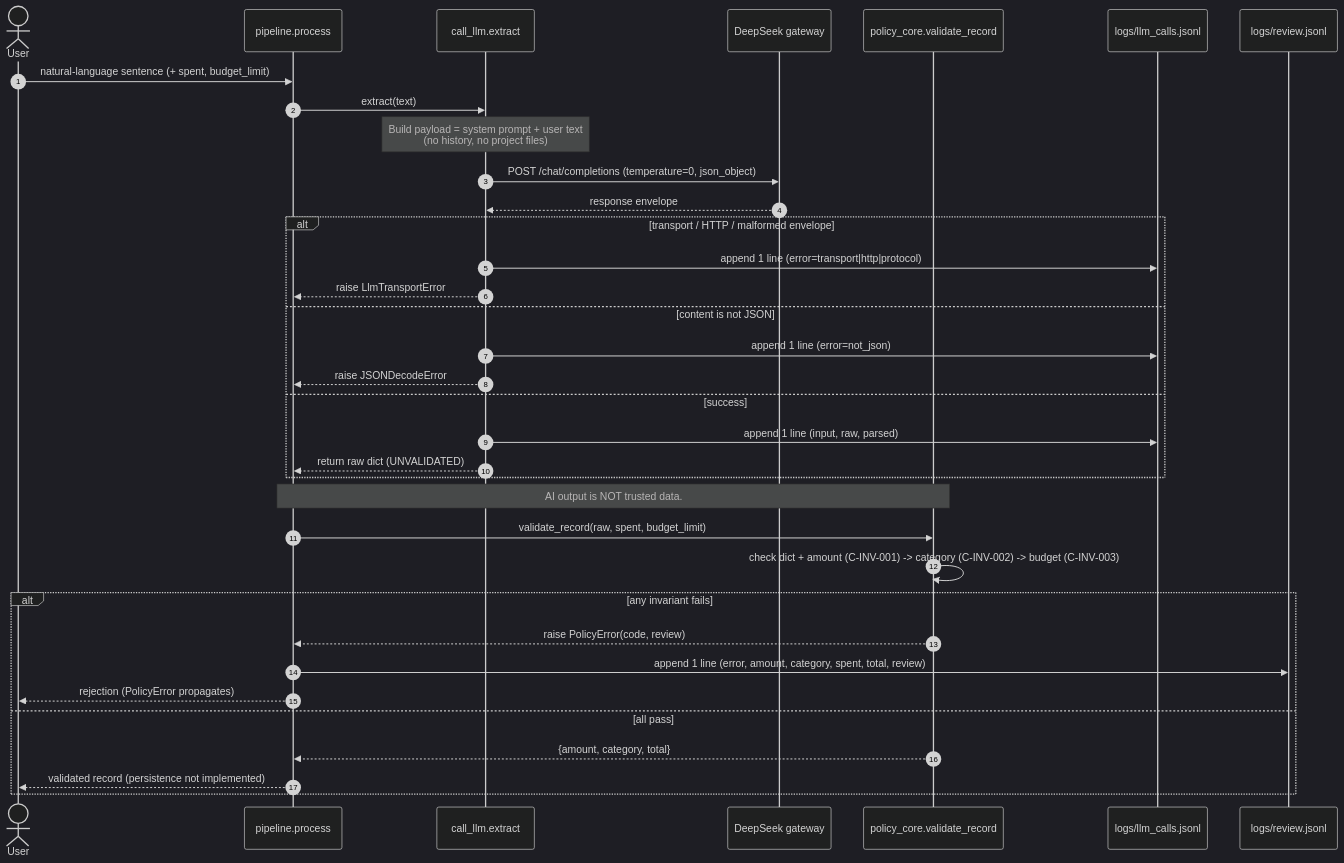
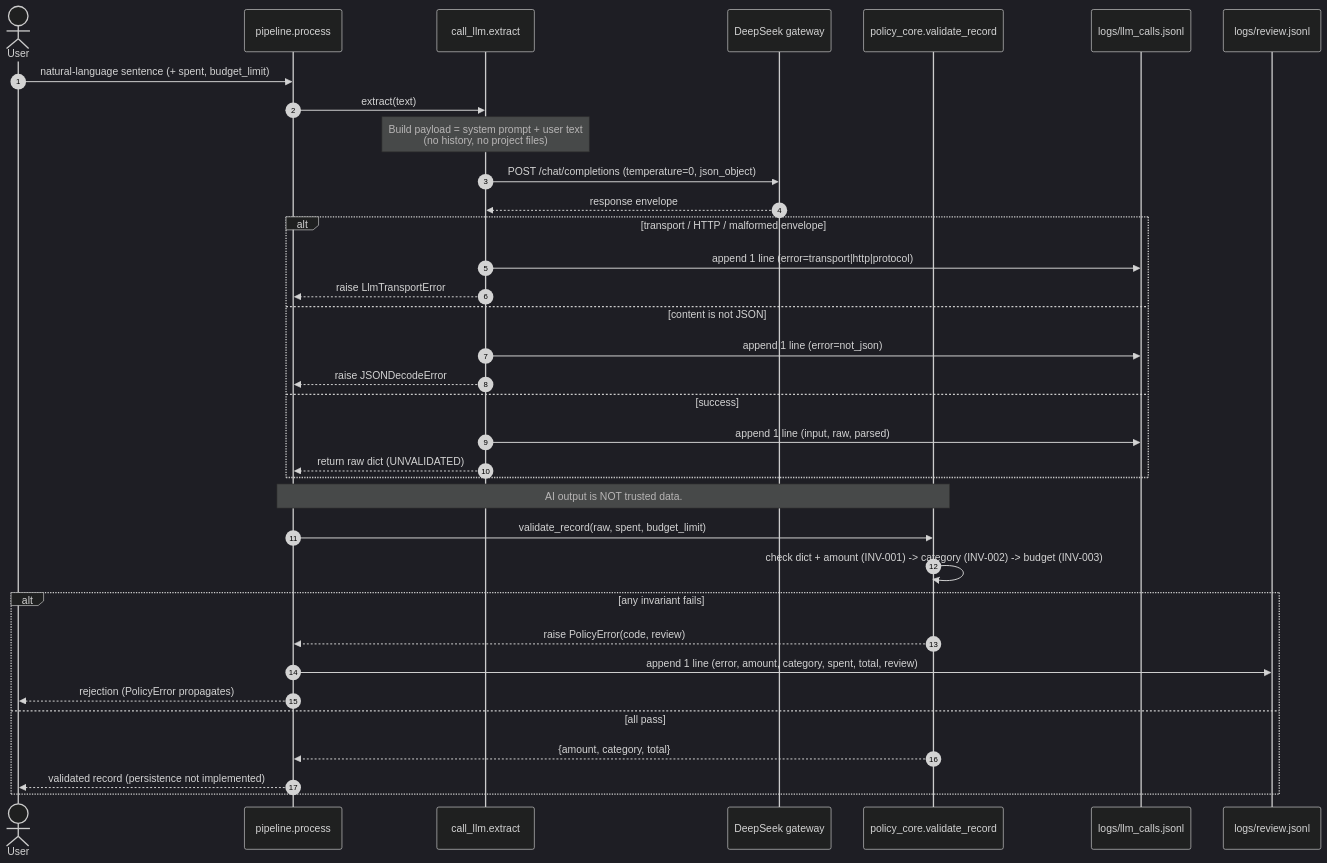
Before and after one commit to Felix-Free/AI-Finance-Assistant: the second of 2 diagrams in architecture-blueprint.md, drawn with Mermaid (dark theme). The commit also changed other lines of this file, not shown here.

````diff
--- a/architecture-blueprint.md
+++ b/architecture-blueprint.md
@@ -185,38 +185,38 @@
 ```mermaid
 sequenceDiagram
     autonumber
     actor U as User
     participant P as pipeline.process
     participant L as call_llm.extract
     participant G as DeepSeek gateway
     participant PC as policy_core.validate_record
     participant LL as logs/llm_calls.jsonl
     participant RL as logs/review.jsonl
 
     U->>P: natural-language sentence (+ spent, budget_limit)
     P->>L: extract(text)
     Note over L: Build payload = system prompt + user text<br/>(no history, no project files)
     L->>G: POST /chat/completions (temperature=0, json_object)
     G-->>L: response envelope
     alt transport / HTTP / malformed envelope
         L->>LL: append 1 line (error=transport|http|protocol)
         L-->>P: raise LlmTransportError
     else content is not JSON
         L->>LL: append 1 line (error=not_json)
         L-->>P: raise JSONDecodeError
     else success
         L->>LL: append 1 line (input, raw, parsed)
         L-->>P: return raw dict (UNVALIDATED)
     end
     Note over P,PC: AI output is NOT trusted data.
     P->>PC: validate_record(raw, spent, budget_limit)
-    PC->>PC: check dict + amount (C-INV-001) -> category (C-INV-002) -> budget (C-INV-003)
+    PC->>PC: check dict + amount (INV-001) -> category (INV-002) -> budget (INV-003)
     alt any invariant fails
         PC-->>P: raise PolicyError(code, review)
         P->>RL: append 1 line (error, amount, category, spent, total, review)
         P-->>U: rejection (PolicyError propagates)
     else all pass
         PC-->>P: {amount, category, total}
         P-->>U: validated record (persistence not implemented)
     end
 ```
````
